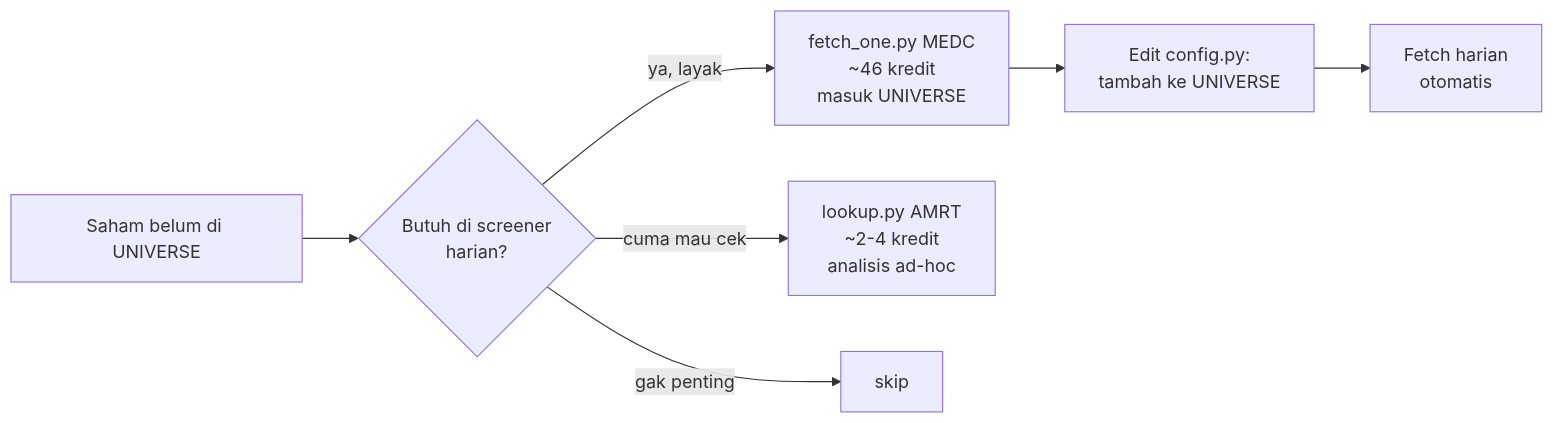
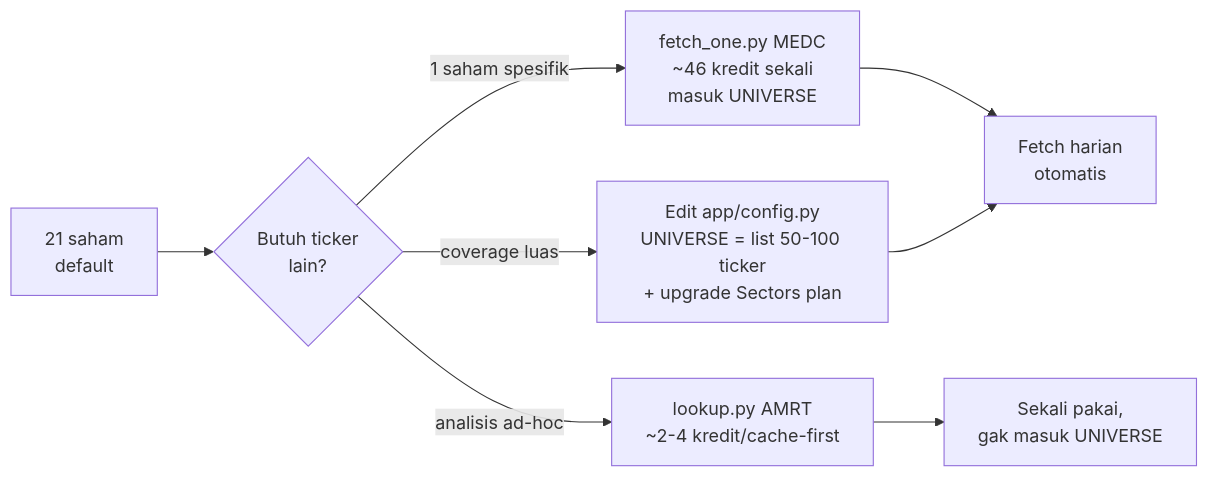
The second of 2 diagrams in README.md (johnhendrickh/arus-idx), drawn with Mermaid before and after one commit. The commit also changed other lines of this file, not shown here.

````diff
--- a/README.md
+++ b/README.md
@@ -282,9 +281,10 @@
 ```mermaid
 flowchart LR
-    A[Saham belum di UNIVERSE] --> B{Butuh di screener<br/>harian?}
-    B -->|ya, layak| C["fetch_one.py MEDC<br/>~46 kredit<br/>masuk UNIVERSE"]
-    B -->|cuma mau cek| D["lookup.py AMRT<br/>~2-4 kredit<br/>analisis ad-hoc"]
-    B -->|gak penting| E[skip]
-    C --> F[Edit config.py:<br/>tambah ke UNIVERSE]
-    F --> G[Fetch harian<br/>otomatis]
+    A[21 saham<br/>default] --> B{Butuh ticker<br/>lain?}
+    B -->|1 saham spesifik| C["fetch_one.py MEDC<br/>~46 kredit sekali<br/>masuk UNIVERSE"]
+    B -->|analisis ad-hoc| D["lookup.py AMRT<br/>~2-4 kredit/cache-first"]
+    B -->|coverage luas| E["Edit app/config.py<br/>UNIVERSE = list 50-100 ticker<br/>+ upgrade Sectors plan"]
+    C --> F[Fetch harian<br/>otomatis]
+    D --> G[Sekali pakai,<br/>gak masuk UNIVERSE]
+    E --> F
 ```
````
